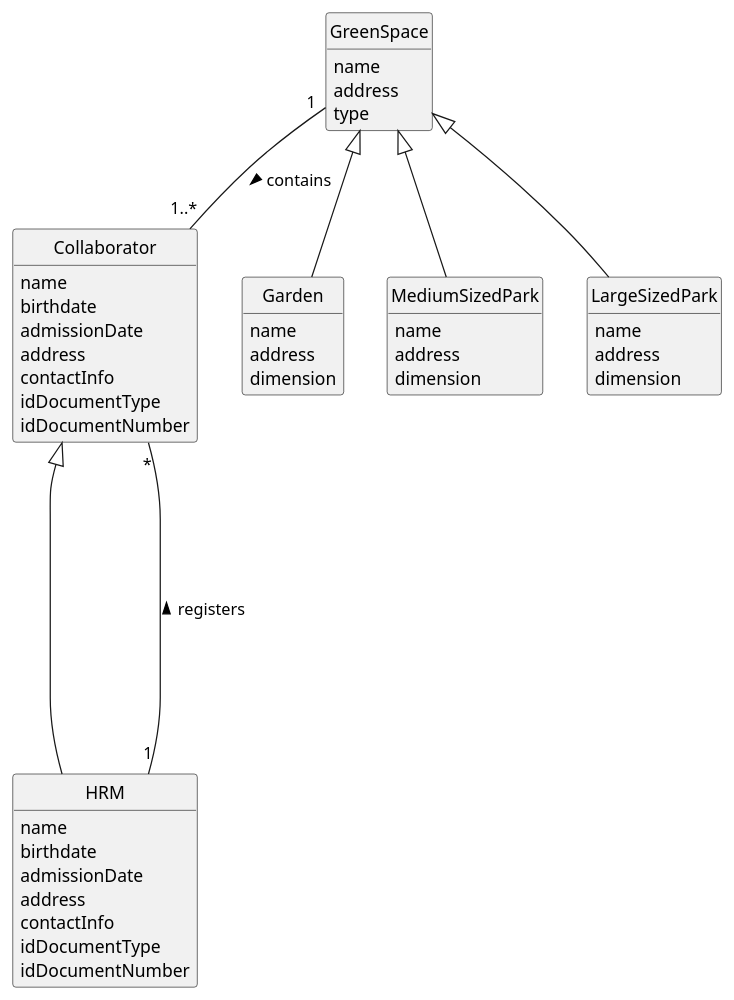
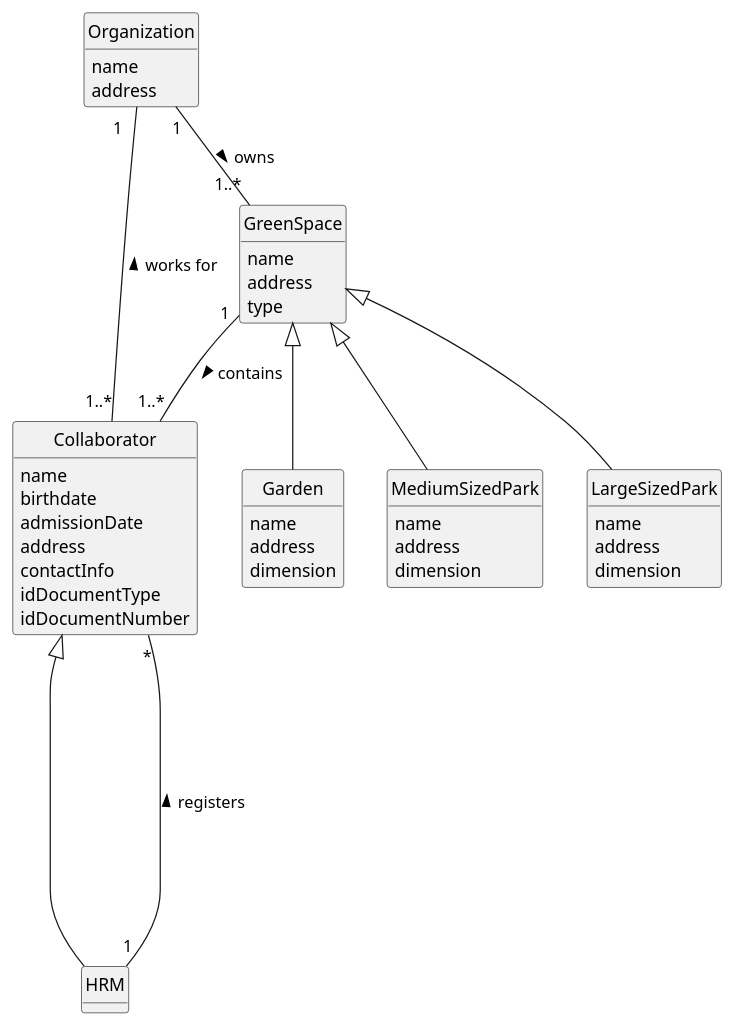
Before and after one commit to diogoveirospro/lei-24-s2-1dg-g072: the diagram in docs/sprintA/us003/02.analysis/puml/us003-domain-model.puml, drawn with PlantUML.

Commit message:
Changed US03 analyse

```diff
--- a/docs/sprintA/us003/02.analysis/puml/us003-domain-model.puml
+++ b/docs/sprintA/us003/02.analysis/puml/us003-domain-model.puml
@@ -1,62 +1,62 @@
 @startuml
 skinparam monochrome true
 skinparam packageStyle rectangle
 skinparam shadowing false
 
 'left to right direction
 
 skinparam classAttributeIconSize 0
 
 hide circle
 hide methods
 class Collaborator {
      name
      birthdate
      admissionDate
      address
      contactInfo
      idDocumentType
      idDocumentNumber
 }
 
 class HRM {
-    name
-    birthdate
-    admissionDate
-    address
-    contactInfo
-    idDocumentType
-    idDocumentNumber
+
 }
 class GreenSpace {
     name
     address
     type
 }
 
 class Garden {
     name
     address
     dimension
 }
 
 class MediumSizedPark {
     name
     address
     dimension
 }
 
 class LargeSizedPark {
     name
     address
     dimension
 }
+class Organization{
+    name
+    address
+}
 
+Organization "1" -- "1..*" GreenSpace: owns >
+Organization "1   " -- "1..*" Collaborator: works for <
 GreenSpace "1" -- "1..*" Collaborator: contains >
 GreenSpace <|-- Garden
 GreenSpace <|-- MediumSizedPark
 GreenSpace <|-- LargeSizedPark
 HRM "1" ----- "*" Collaborator : registers >
 Collaborator <|---- HRM
 
 @enduml
```
